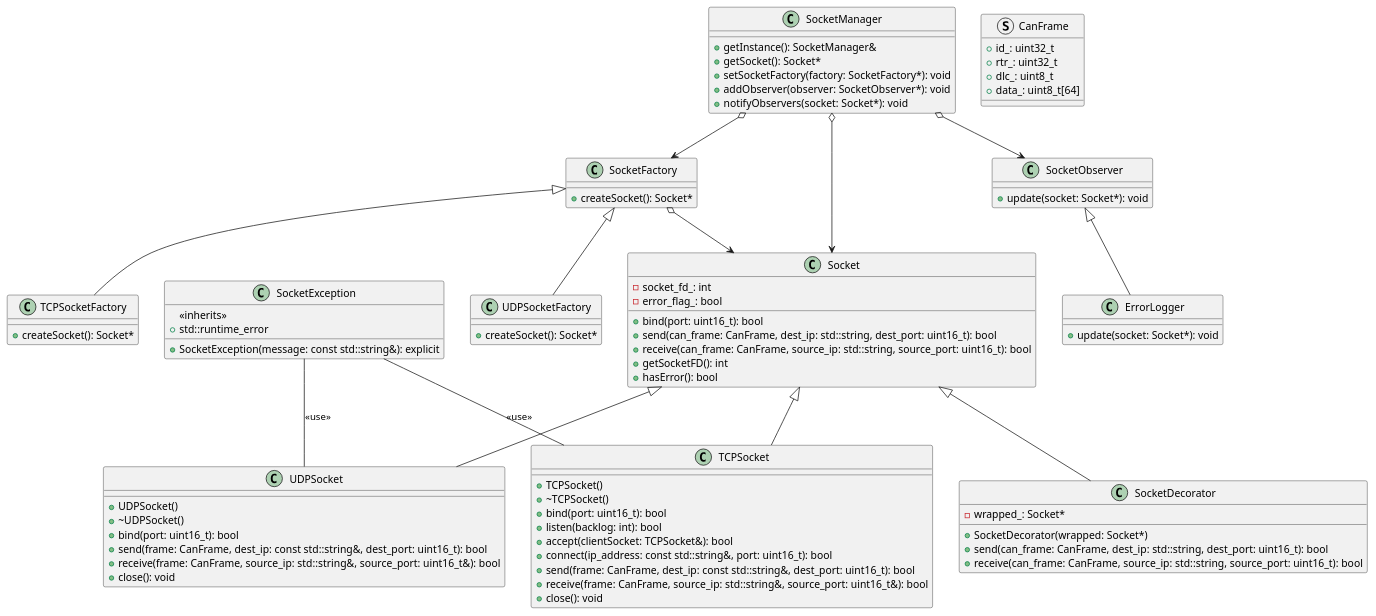
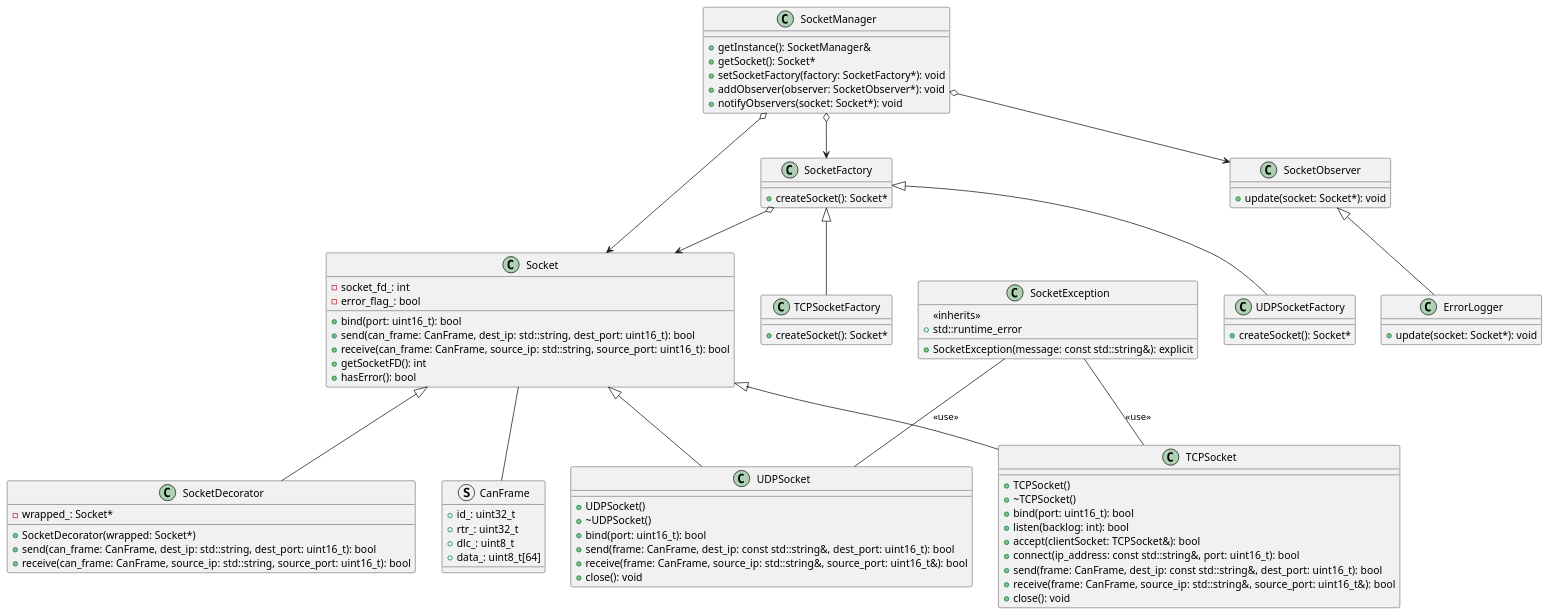
One commit to nino-kin/simple-com changed the diagram in docs/uml/class_diagram/class_diagram.pu. Above: the diagram before and after it, drawn with PlantUML. The commit also changed 19 other files, not shown here.

```diff
--- a/docs/uml/class_diagram/class_diagram.pu
+++ b/docs/uml/class_diagram/class_diagram.pu
@@ -1,105 +1,122 @@
 @startuml Communication diagram
 
 ' --------------------------------------------------
 ' Element declaration
 ' --------------------------------------------------
+' Visibility
+' ----------
+' - | private
+' # | protected
+' ~ | package private
+' + | public
+
 class Socket {
     +bind(port: uint16_t): bool
     +send(can_frame: CanFrame, dest_ip: std::string, dest_port: uint16_t): bool
     +receive(can_frame: CanFrame, source_ip: std::string, source_port: uint16_t): bool
     +getSocketFD(): int
     +hasError(): bool
     -socket_fd_: int
     -error_flag_: bool
 }
 
 class SocketObserver {
     +update(socket: Socket*): void
 }
 
 class SocketException {
     +SocketException(message: const std::string&): explicit
     <<inherits>>
     +std::runtime_error
 }
 
 class ErrorLogger {
     +update(socket: Socket*): void
 }
 
 class UDPSocket {
     +UDPSocket()
     +~UDPSocket()
     +bind(port: uint16_t): bool
     +send(frame: CanFrame, dest_ip: const std::string&, dest_port: uint16_t): bool
     +receive(frame: CanFrame, source_ip: std::string&, source_port: uint16_t&): bool
     +close(): void
 }
 
 class TCPSocket {
     +TCPSocket()
     +~TCPSocket()
     +bind(port: uint16_t): bool
     +listen(backlog: int): bool
     +accept(clientSocket: TCPSocket&): bool
     +connect(ip_address: const std::string&, port: uint16_t): bool
     +send(frame: CanFrame, dest_ip: const std::string&, dest_port: uint16_t): bool
     +receive(frame: CanFrame, source_ip: std::string&, source_port: uint16_t&): bool
     +close(): void
 }
 
 class SocketFactory {
     +createSocket(): Socket*
 }
 
 class UDPSocketFactory {
     +createSocket(): Socket*
 }
 
 class TCPSocketFactory {
     +createSocket(): Socket*
 }
 
 class SocketManager {
     +getInstance(): SocketManager&
     +getSocket(): Socket*
     +setSocketFactory(factory: SocketFactory*): void
     +addObserver(observer: SocketObserver*): void
     +notifyObservers(socket: Socket*): void
 }
 
 class SocketDecorator {
     +SocketDecorator(wrapped: Socket*)
     +send(can_frame: CanFrame, dest_ip: std::string, dest_port: uint16_t): bool
     +receive(can_frame: CanFrame, source_ip: std::string, source_port: uint16_t): bool
     -wrapped_: Socket*
 }
 
 struct CanFrame {
     +id_: uint32_t
     +rtr_: uint32_t
     +dlc_: uint8_t
     +data_: uint8_t[64]
 }
 
 ' --------------------------------------------------
 ' Relations between classes
 ' --------------------------------------------------
+' --   | Association
+' o--  | Aggregation
+' *--  | Composition
+' <|-- | Generalization / inheritance
+' <|.. | Realization/Implementation
+' <..  | Dependency
+' <--  | Transition
+
 SocketObserver <|-- ErrorLogger
 
 Socket <|-- TCPSocket
 Socket <|-- UDPSocket
 Socket <|-- SocketDecorator
 
 SocketFactory <|-- UDPSocketFactory
 SocketFactory <|-- TCPSocketFactory
 SocketFactory o--> Socket
 
 SocketManager o--> Socket
 SocketManager o--> SocketFactory
 SocketManager o--> SocketObserver
 
 SocketException -- UDPSocket: <<use>>
 SocketException -- TCPSocket: <<use>>
 
+Socket -- CanFrame
+
 @enduml
```
